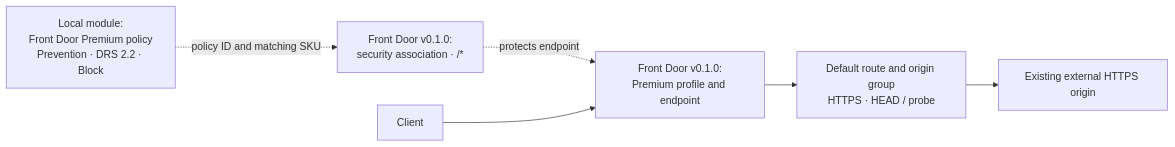
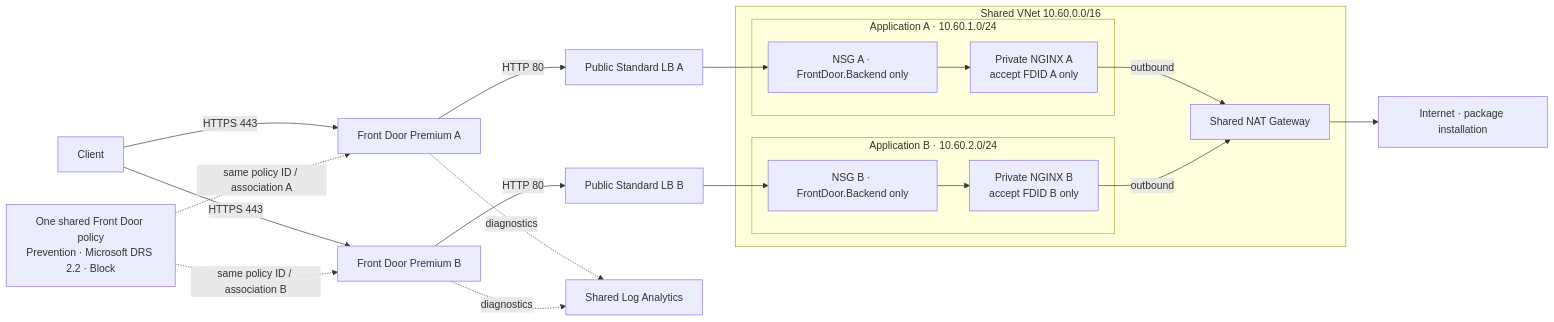
The diagram in examples/02_policy_attached_to_frontdoor/README.md (foggykitchen/terraform-az-fk-frontdoor-waf-policy), drawn with Mermaid before and after one commit. The commit also changed other lines of this file and 19 other files, not shown here.

Commit message:
Build shared Front Door policy lab with two independent applications

````diff
--- a/examples/02_policy_attached_to_frontdoor/README.md
+++ b/examples/02_policy_attached_to_frontdoor/README.md
@@ -13,12 +11,24 @@
 ```mermaid
 flowchart LR
-  P["Local module:<br/>Front Door Premium policy<br/>Prevention · DRS 2.2 · Block"]
-  S["Front Door v0.1.0:<br/>security association · /*"]
-  C["Client"]
-  E["Front Door v0.1.0:<br/>Premium profile and endpoint"]
-  R["Default route and origin group<br/>HTTPS · HEAD / probe"]
-  O["Existing external HTTPS origin"]
-  P -. "policy ID and matching SKU" .-> S
-  S -. "protects endpoint" .-> E
-  C --> E --> R --> O
+  C["Client"] -->|HTTPS 443| A["Front Door Premium A"]
+  C -->|HTTPS 443| B["Front Door Premium B"]
+  P["One shared Front Door policy<br/>Prevention · Microsoft DRS 2.2 · Block"]
+  P -. "same policy ID / association A" .-> A
+  P -. "same policy ID / association B" .-> B
+  subgraph V["Shared VNet 10.60.0.0/16"]
+    subgraph SA["Application A · 10.60.1.0/24"]
+      NA["NSG A · FrontDoor.Backend only"] --> VA["Private NGINX A<br/>accept FDID A only"]
+    end
+    subgraph SB["Application B · 10.60.2.0/24"]
+      NB["NSG B · FrontDoor.Backend only"] --> VB["Private NGINX B<br/>accept FDID B only"]
+    end
+    NAT["Shared NAT Gateway"]
+    VA -->|outbound| NAT
+    VB -->|outbound| NAT
+  end
+  A -->|HTTP 80| LA["Public Standard LB A"] --> NA
+  B -->|HTTP 80| LB["Public Standard LB B"] --> NB
+  NAT --> I["Internet · package installation"]
+  A -. diagnostics .-> LAW["Shared Log Analytics"]
+  B -. diagnostics .-> LAW
 ```
````
